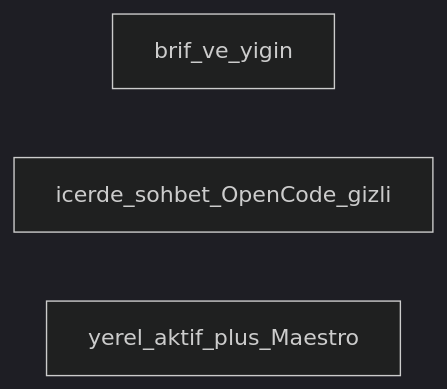
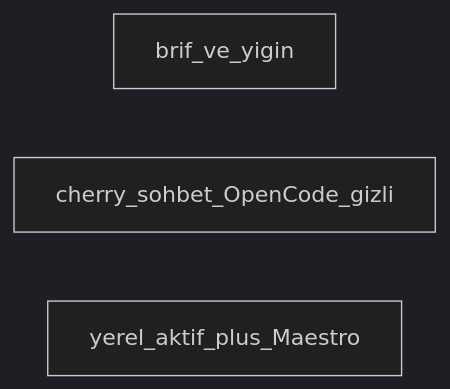
The fourth of 6 diagrams in docs/screens.md (emrahyasinisik/Cherry), drawn with Mermaid (dark theme) before and after one commit. The commit also changed other lines of this file and 124 other files, not shown here.

First line of the commit message:
Rename the studio brand from Icerde to Cherry.

````diff
--- a/docs/screens.md
+++ b/docs/screens.md
@@ -64,6 +64,6 @@
 ```mermaid
 flowchart LR
   Brief[brif_ve_yigin]
-  Chat[icerde_sohbet_OpenCode_gizli]
+  Chat[cherry_sohbet_OpenCode_gizli]
   Side[yerel_aktif_plus_Maestro]
 ```
````
